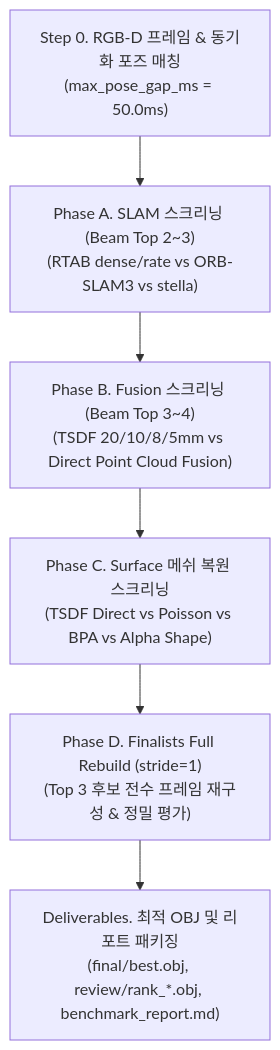
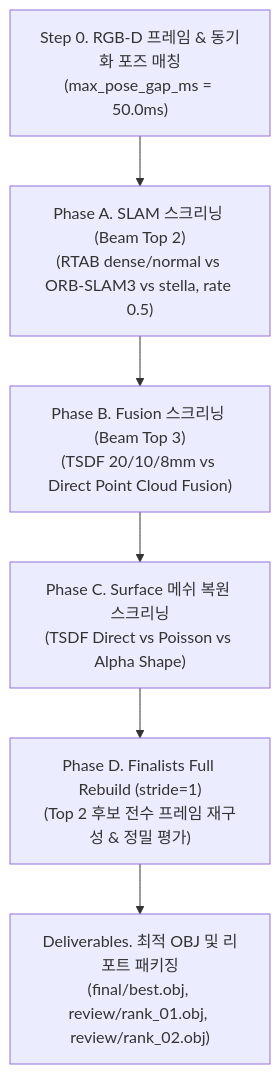
One commit to juhoimda/auto-mobility changed the diagram in docs/compare.md. Above: the diagram before and after it, drawn with Mermaid. The commit also changed other lines of this file and 10 other files, not shown here.

````diff
--- a/docs/compare.md
+++ b/docs/compare.md
@@ -42,8 +42,8 @@
 ```mermaid
 flowchart TD
-    A["Step 0. RGB-D 프레임 & 동기화 포즈 매칭<br/>(max_pose_gap_ms = 50.0ms)"] --> B["Phase A. SLAM 스크리닝 (Beam Top 2~3)<br/>(RTAB dense/rate vs ORB-SLAM3 vs stella)"]
-    B --> C["Phase B. Fusion 스크리닝 (Beam Top 3~4)<br/>(TSDF 20/10/8/5mm vs Direct Point Cloud Fusion)"]
-    C --> D["Phase C. Surface 메쉬 복원 스크리닝<br/>(TSDF Direct vs Poisson vs BPA vs Alpha Shape)"]
-    D --> E["Phase D. Finalists Full Rebuild (stride=1)<br/>(Top 3 후보 전수 프레임 재구성 & 정밀 평가)"]
-    E --> F["Deliverables. 최적 OBJ 및 리포트 패키징<br/>(final/best.obj, review/rank_*.obj, benchmark_report.md)"]
+    A["Step 0. RGB-D 프레임 & 동기화 포즈 매칭<br/>(max_pose_gap_ms = 50.0ms)"] --> B["Phase A. SLAM 스크리닝 (Beam Top 2)<br/>(RTAB dense/normal vs ORB-SLAM3 vs stella, rate 0.5)"]
+    B --> C["Phase B. Fusion 스크리닝 (Beam Top 3)<br/>(TSDF 20/10/8mm vs Direct Point Cloud Fusion)"]
+    C --> D["Phase C. Surface 메쉬 복원 스크리닝<br/>(TSDF Direct vs Poisson vs Alpha Shape)"]
+    D --> E["Phase D. Finalists Full Rebuild (stride=1)<br/>(Top 2 후보 전수 프레임 재구성 & 정밀 평가)"]
+    E --> F["Deliverables. 최적 OBJ 및 리포트 패키징<br/>(final/best.obj, review/rank_01.obj, review/rank_02.obj)"]
 ```
````
